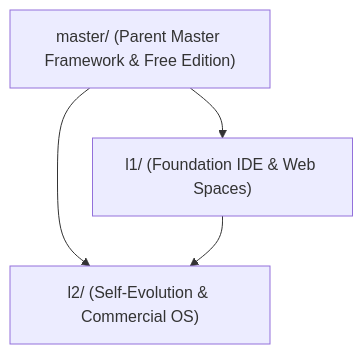
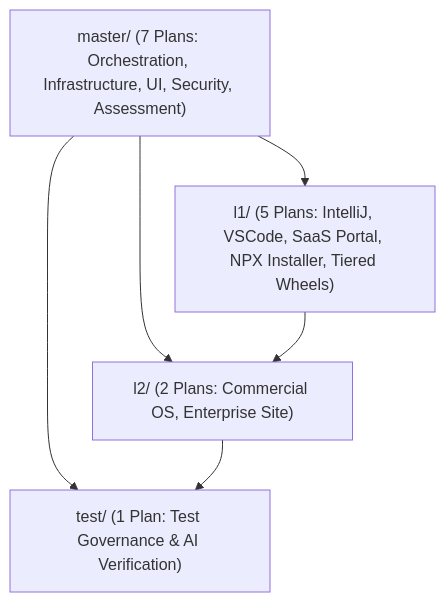
One commit to lakhwindersingh/nb_fairyfly changed the diagram in .nb/plan/PLAN_GUIDE.md. Above: the diagram before and after it, drawn with Mermaid. The commit also changed other lines of this file and 37 other files, not shown here.

````diff
--- a/.nb/plan/PLAN_GUIDE.md
+++ b/.nb/plan/PLAN_GUIDE.md
@@ -30,10 +36,13 @@
 ```mermaid
 graph TD
-  Master["master/ (Parent Master Framework & Free Edition)"]
-  L1["l1/ (Foundation IDE & Web Spaces)"]
-  L2["l2/ (Self-Evolution & Commercial OS)"]
+  Master["master/ (7 Plans: Orchestration, Infrastructure, UI, Security, Assessment)"]
+  L1["l1/ (5 Plans: IntelliJ, VSCode, SaaS Portal, NPX Installer, Tiered Wheels)"]
+  L2["l2/ (2 Plans: Commercial OS, Enterprise Site)"]
+  Test["test/ (1 Plan: Test Governance & AI Verification)"]
 
   Master --> L1
   Master --> L2
   L1 --> L2
+  Master --> Test
+  L2 --> Test
 ```
````
